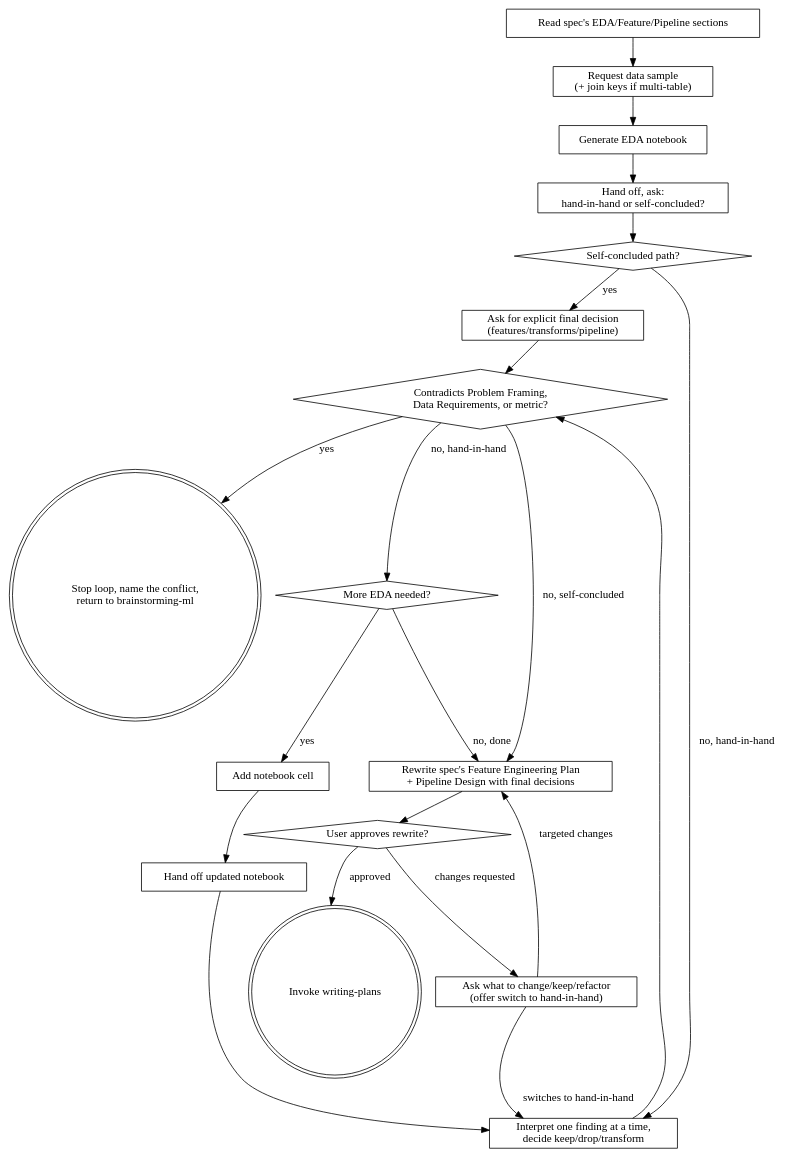
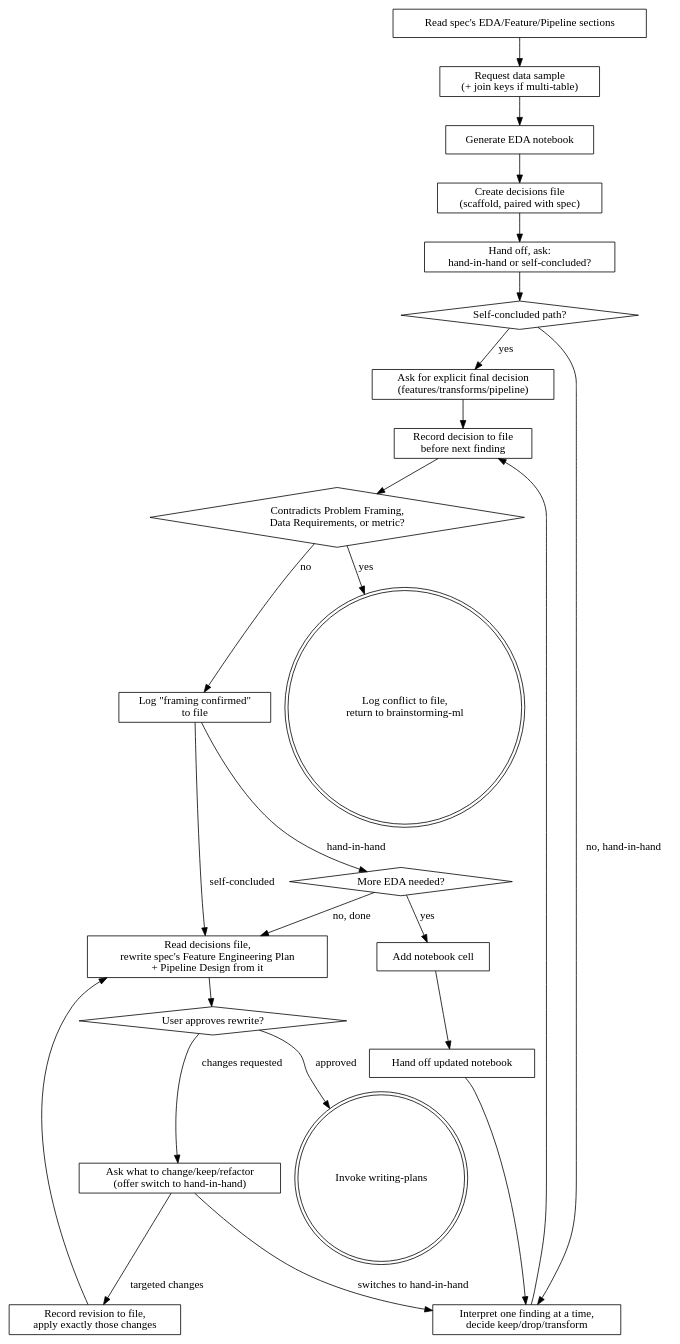
One commit to eduardorestrepo89/superpowers-ml changed the diagram in skills/running-eda-ml/SKILL.md. Above: the diagram before and after it, drawn with Graphviz. The commit also changed other lines of this file, not shown here.

First line of the commit message:
Add EDA decisions file to running-eda-ml for context-survivable spec finalization

````diff
--- a/skills/running-eda-ml/SKILL.md
+++ b/skills/running-eda-ml/SKILL.md
@@ -26,41 +28,49 @@
 ```dot
 digraph running_eda {
     "Read spec's EDA/Feature/Pipeline sections" [shape=box];
     "Request data sample\n(+ join keys if multi-table)" [shape=box];
     "Generate EDA notebook" [shape=box];
+    "Create decisions file\n(scaffold, paired with spec)" [shape=box];
     "Hand off, ask:\nhand-in-hand or self-concluded?" [shape=box];
     "Self-concluded path?" [shape=diamond];
     "Ask for explicit final decision\n(features/transforms/pipeline)" [shape=box];
     "Interpret one finding at a time,\ndecide keep/drop/transform" [shape=box];
+    "Record decision to file\nbefore next finding" [shape=box];
     "Contradicts Problem Framing,\nData Requirements, or metric?" [shape=diamond];
-    "Stop loop, name the conflict,\nreturn to brainstorming-ml" [shape=doublecircle];
+    "Log conflict to file,\nreturn to brainstorming-ml" [shape=doublecircle];
+    "Log \"framing confirmed\"\nto file" [shape=box];
     "More EDA needed?" [shape=diamond];
     "Add notebook cell" [shape=box];
     "Hand off updated notebook" [shape=box];
-    "Rewrite spec's Feature Engineering Plan\n+ Pipeline Design with final decisions" [shape=box];
+    "Read decisions file,\nrewrite spec's Feature Engineering Plan\n+ Pipeline Design from it" [shape=box];
     "User approves rewrite?" [shape=diamond];
     "Ask what to change/keep/refactor\n(offer switch to hand-in-hand)" [shape=box];
+    "Record revision to file,\napply exactly those changes" [shape=box];
     "Invoke writing-plans" [shape=doublecircle];
 
     "Read spec's EDA/Feature/Pipeline sections" -> "Request data sample\n(+ join keys if multi-table)";
     "Request data sample\n(+ join keys if multi-table)" -> "Generate EDA notebook";
-    "Generate EDA notebook" -> "Hand off, ask:\nhand-in-hand or self-concluded?";
+    "Generate EDA notebook" -> "Create decisions file\n(scaffold, paired with spec)";
+    "Create decisions file\n(scaffold, paired with spec)" -> "Hand off, ask:\nhand-in-hand or self-concluded?";
     "Hand off, ask:\nhand-in-hand or self-concluded?" -> "Self-concluded path?";
     "Self-concluded path?" -> "Ask for explicit final decision\n(features/transforms/pipeline)" [label="yes"];
     "Self-concluded path?" -> "Interpret one finding at a time,\ndecide keep/drop/transform" [label="no, hand-in-hand"];
-    "Ask for explicit final decision\n(features/transforms/pipeline)" -> "Contradicts Problem Framing,\nData Requirements, or metric?";
-    "Interpret one finding at a time,\ndecide keep/drop/transform" -> "Contradicts Problem Framing,\nData Requirements, or metric?";
-    "Contradicts Problem Framing,\nData Requirements, or metric?" -> "Stop loop, name the conflict,\nreturn to brainstorming-ml" [label="yes"];
-    "Contradicts Problem Framing,\nData Requirements, or metric?" -> "More EDA needed?" [label="no, hand-in-hand"];
-    "Contradicts Problem Framing,\nData Requirements, or metric?" -> "Rewrite spec's Feature Engineering Plan\n+ Pipeline Design with final decisions" [label="no, self-concluded"];
+    "Ask for explicit final decision\n(features/transforms/pipeline)" -> "Record decision to file\nbefore next finding";
+    "Interpret one finding at a time,\ndecide keep/drop/transform" -> "Record decision to file\nbefore next finding";
+    "Record decision to file\nbefore next finding" -> "Contradicts Problem Framing,\nData Requirements, or metric?";
+    "Contradicts Problem Framing,\nData Requirements, or metric?" -> "Log conflict to file,\nreturn to brainstorming-ml" [label="yes"];
+    "Contradicts Problem Framing,\nData Requirements, or metric?" -> "Log \"framing confirmed\"\nto file" [label="no"];
+    "Log \"framing confirmed\"\nto file" -> "More EDA needed?" [label="hand-in-hand"];
+    "Log \"framing confirmed\"\nto file" -> "Read decisions file,\nrewrite spec's Feature Engineering Plan\n+ Pipeline Design from it" [label="self-concluded"];
     "More EDA needed?" -> "Add notebook cell" [label="yes"];
     "Add notebook cell" -> "Hand off updated notebook";
     "Hand off updated notebook" -> "Interpret one finding at a time,\ndecide keep/drop/transform";
-    "More EDA needed?" -> "Rewrite spec's Feature Engineering Plan\n+ Pipeline Design with final decisions" [label="no, done"];
-    "Rewrite spec's Feature Engineering Plan\n+ Pipeline Design with final decisions" -> "User approves rewrite?";
+    "More EDA needed?" -> "Read decisions file,\nrewrite spec's Feature Engineering Plan\n+ Pipeline Design from it" [label="no, done"];
+    "Read decisions file,\nrewrite spec's Feature Engineering Plan\n+ Pipeline Design from it" -> "User approves rewrite?";
     "User approves rewrite?" -> "Ask what to change/keep/refactor\n(offer switch to hand-in-hand)" [label="changes requested"];
-    "Ask what to change/keep/refactor\n(offer switch to hand-in-hand)" -> "Rewrite spec's Feature Engineering Plan\n+ Pipeline Design with final decisions" [label="targeted changes"];
+    "Ask what to change/keep/refactor\n(offer switch to hand-in-hand)" -> "Record revision to file,\napply exactly those changes" [label="targeted changes"];
+    "Record revision to file,\napply exactly those changes" -> "Read decisions file,\nrewrite spec's Feature Engineering Plan\n+ Pipeline Design from it";
     "Ask what to change/keep/refactor\n(offer switch to hand-in-hand)" -> "Interpret one finding at a time,\ndecide keep/drop/transform" [label="switches to hand-in-hand"];
     "User approves rewrite?" -> "Invoke writing-plans" [label="approved"];
 }
 ```
````
